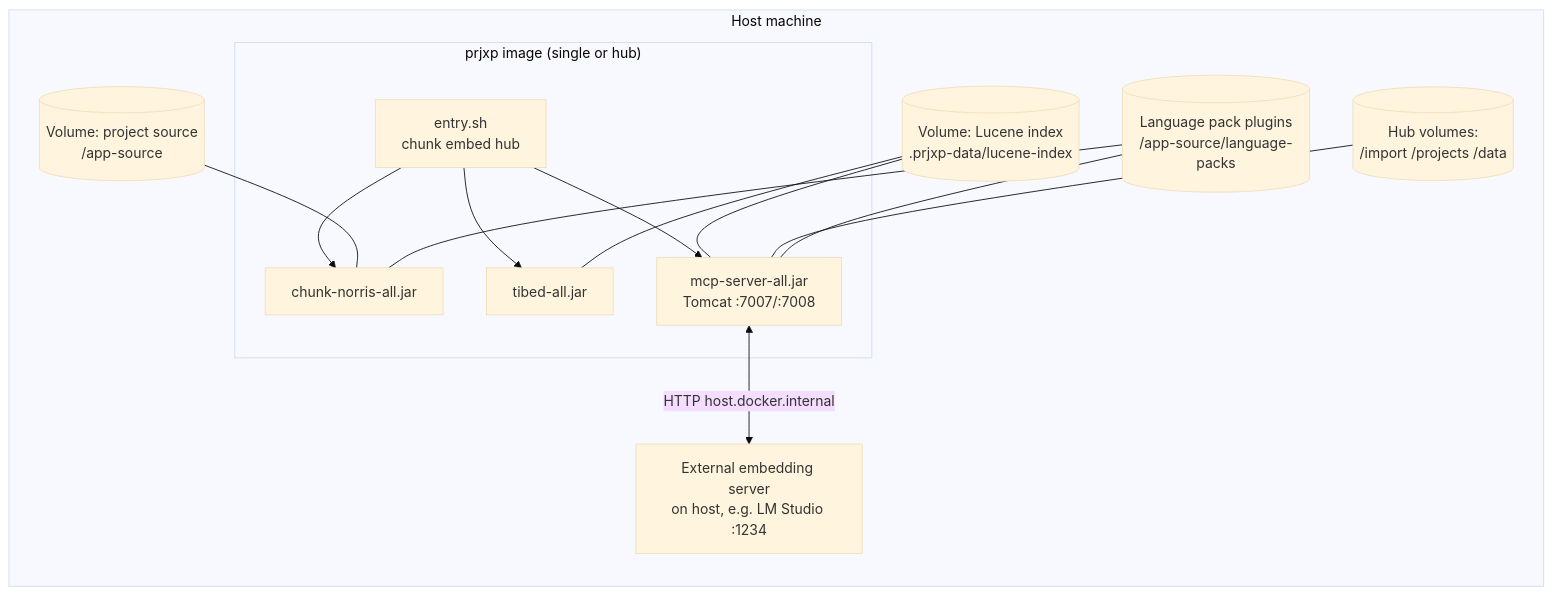
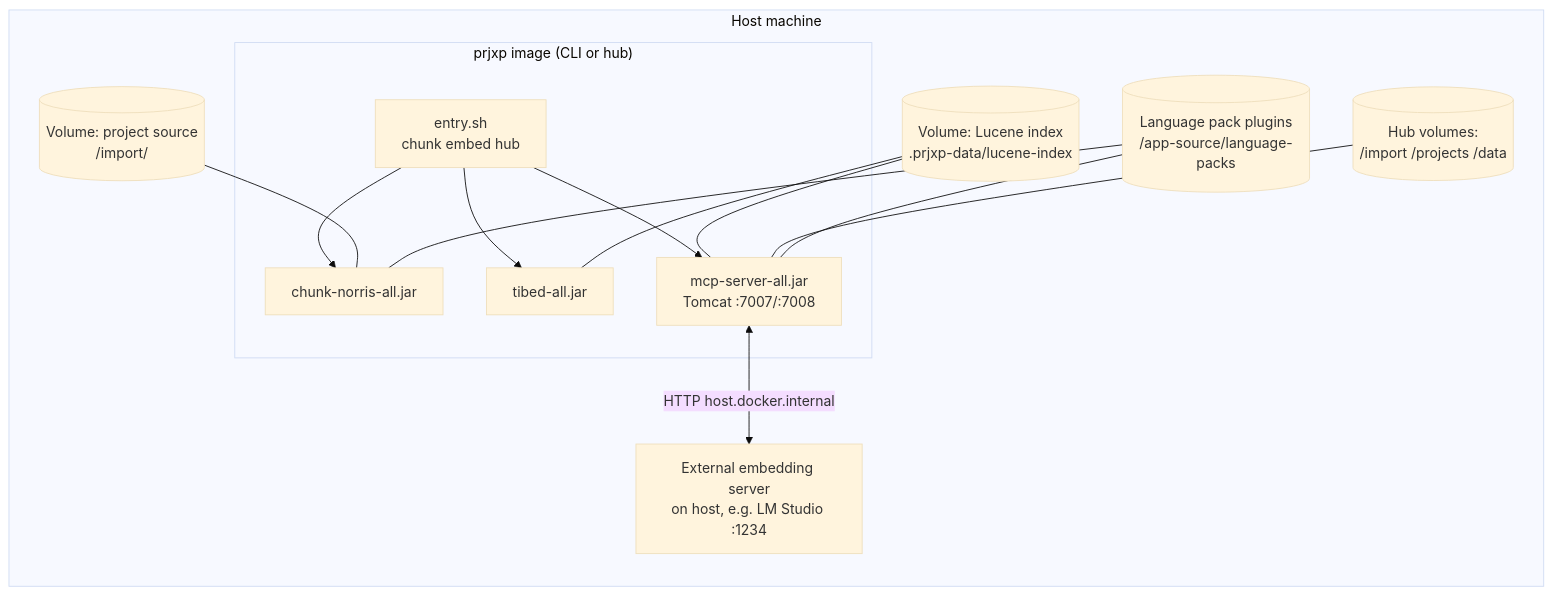
Before and after one commit to carstenSpraener/prjxp: the second of 2 diagrams in doc/arc42/03_context_and_scope.md, drawn with Mermaid (base theme). The commit also changed other lines of this file and 2 other files, not shown here.

First line of the commit message:
arc42: reframe single-project deployment as hub mode

````diff
--- a/doc/arc42/03_context_and_scope.md
+++ b/doc/arc42/03_context_and_scope.md
@@ -55,23 +55,23 @@
 ```mermaid
 flowchart LR
     subgraph host ["Host machine"]
-        subgraph docker ["prjxp image (single or hub)"]
+        subgraph docker ["prjxp image (CLI or hub)"]
             CN["chunk-norris-all.jar"]
             TIB["tibed-all.jar"]
             MS["mcp-server-all.jar<br/>Tomcat :7007/:7008"]
             ENTRY["entry.sh<br/>chunk embed hub"]
         end
-        V1[("Volume: project source<br/>/app-source")]
+        V1[("Volume: project source<br/>/import/<name>")]
         V2[("Volume: Lucene index<br/>.prjxp-data/lucene-index")]
         V3[("Hub volumes:<br/>/import /projects /data")]
         V4[("Language pack plugins<br/>/app-source/language-packs")]
         HOSTEMB["External embedding server<br/>on host, e.g. LM Studio :1234"]
     end
 
     ENTRY --> CN & TIB & MS
     V1 --- CN
     V2 --- TIB & MS
     V3 --- MS
     V4 --- CN & MS
     MS <-->|"HTTP host.docker.internal"| HOSTEMB
 ```
````
